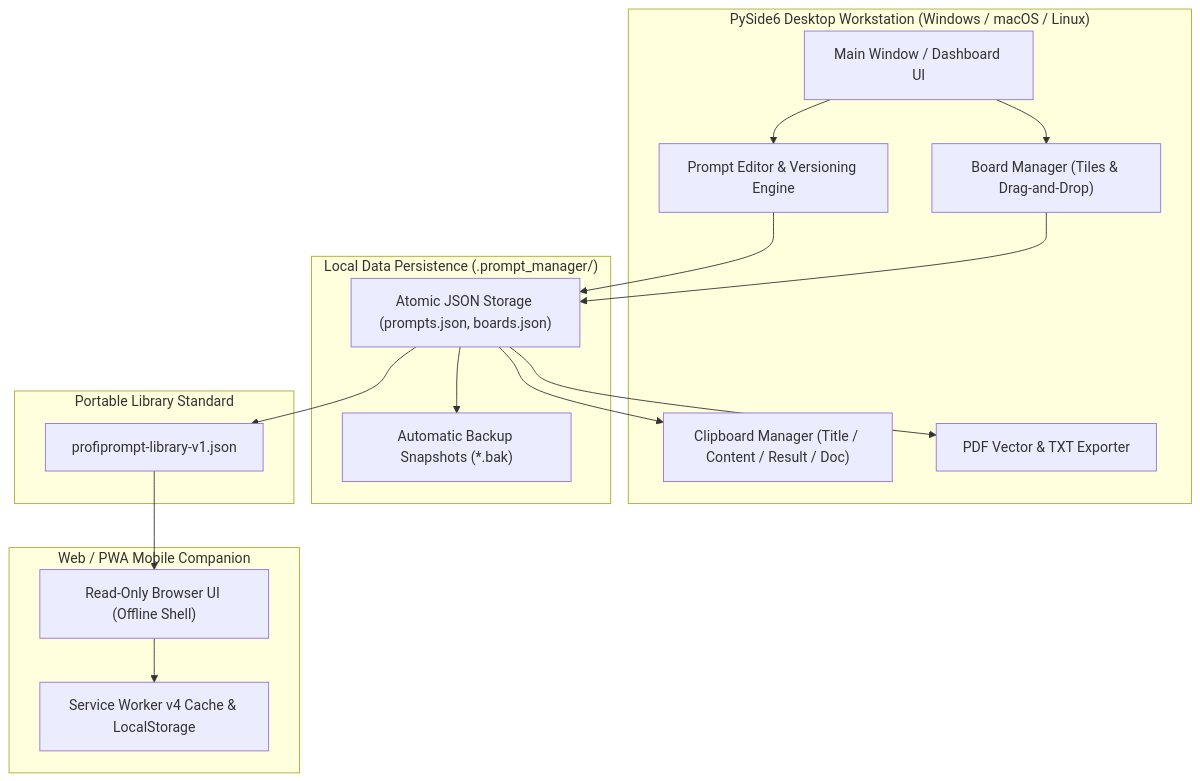
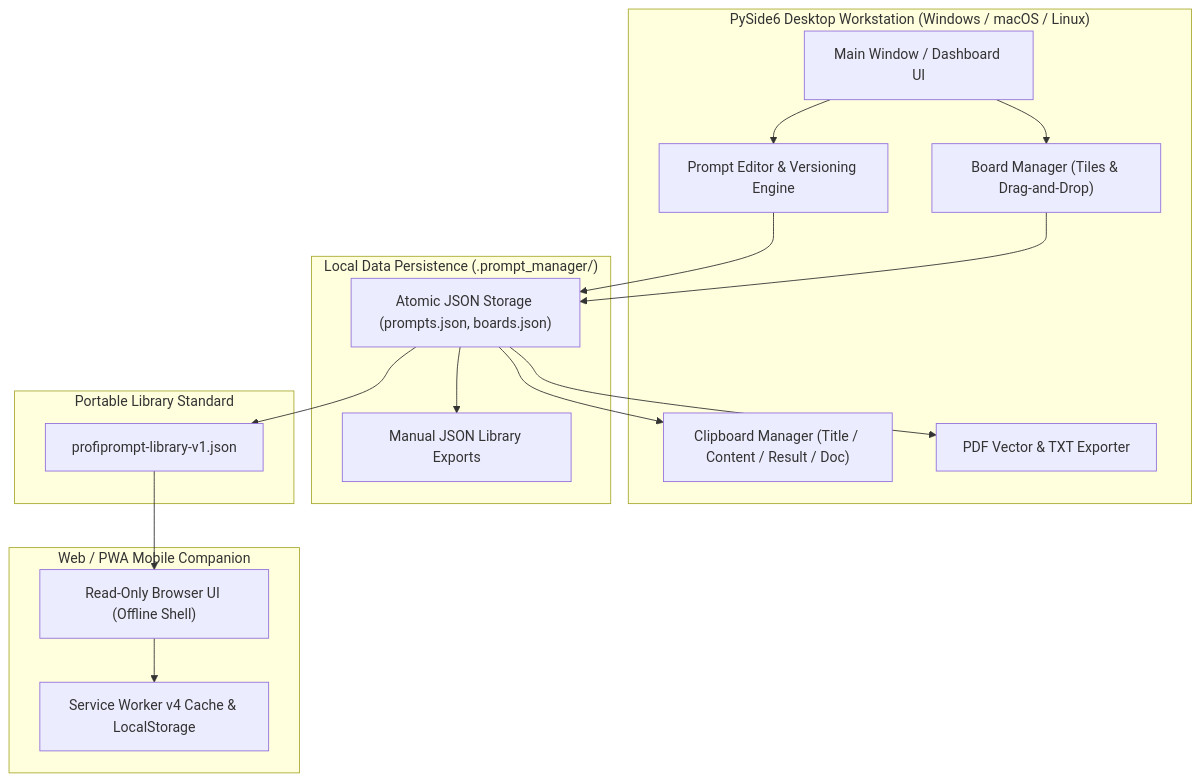
Before and after one commit to file-bricks/ProfiPrompt: the first of 2 diagrams in README.md, drawn with Mermaid. The commit also changed other lines of this file and 78 other files, not shown here.

````diff
--- a/README.md
+++ b/README.md
@@ -128,35 +128,35 @@
 ```mermaid
 flowchart TD
     subgraph DesktopApp["PySide6 Desktop Workstation (Windows / macOS / Linux)"]
         UI["Main Window / Dashboard UI"]
         BM["Board Manager (Tiles & Drag-and-Drop)"]
         PM["Prompt Editor & Versioning Engine"]
         CM["Clipboard Manager (Title / Content / Result / Doc)"]
         EX["PDF Vector & TXT Exporter"]
     end
 
     subgraph Storage["Local Data Persistence (.prompt_manager/)"]
         JSONStore["Atomic JSON Storage (prompts.json, boards.json)"]
-        BackupStore["Automatic Backup Snapshots (*.bak)"]
+        BackupStore["Manual JSON Library Exports"]
     end
 
     subgraph ExportFormat["Portable Library Standard"]
         LibJSON["profiprompt-library-v1.json"]
     end
 
     subgraph Companion["Web / PWA Mobile Companion"]
         PWA["Read-Only Browser UI (Offline Shell)"]
         LocalCache["Service Worker v4 Cache & LocalStorage"]
     end
 
     UI --> PM
     UI --> BM
     PM --> JSONStore
     BM --> JSONStore
     JSONStore --> BackupStore
     JSONStore --> CM
     JSONStore --> EX
     JSONStore --> LibJSON
     LibJSON --> PWA
     PWA --> LocalCache
 ```
````
